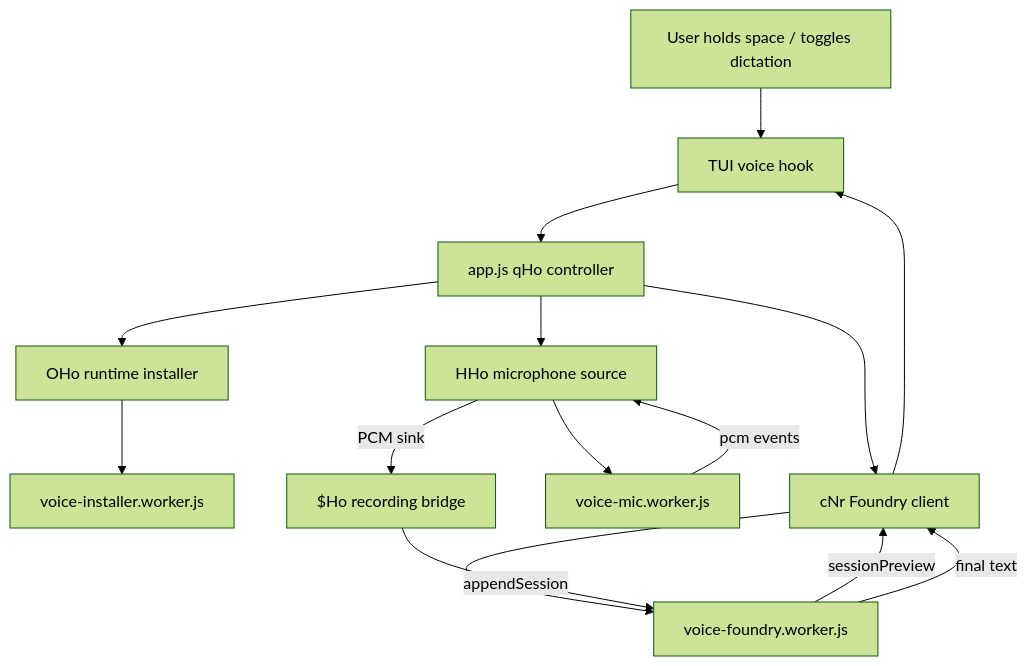
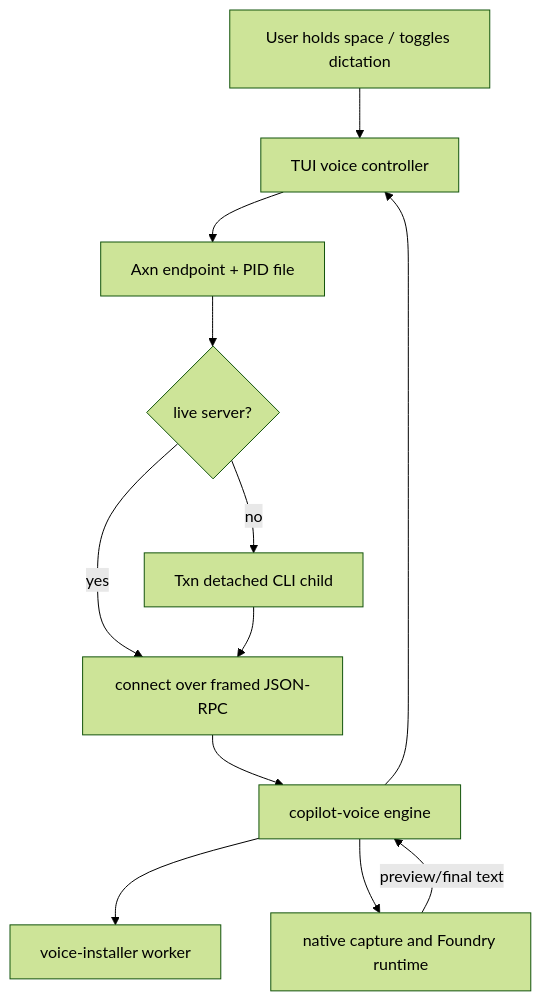
The first of 4 diagrams in docs/01-runtime-lifecycle/voice-runtime-workers-and-transcription.md (vibewatch/copilot-cli-internals), drawn with Mermaid (forest theme) before and after one commit. The commit also changed other lines of this file and 238 other files, not shown here.

First line of the commit message:
feat: add @webviewjs/webview package and update documentation for Copilot CLI 1.0.71 delta

````diff
--- a/docs/01-runtime-lifecycle/voice-runtime-workers-and-transcription.md
+++ b/docs/01-runtime-lifecycle/voice-runtime-workers-and-transcription.md
@@ -36,17 +29,14 @@
 ```mermaid
 flowchart TD
-    User[User holds space / toggles dictation] --> UI[TUI voice hook]
-    UI --> Controller[app.js qHo controller]
-    Controller --> Installer[OHo runtime installer]
-    Installer --> InstallerWorker[voice-installer.worker.js]
-    Controller --> FoundryClient[cNr Foundry client]
-    FoundryClient --> FoundryWorker[voice-foundry.worker.js]
-    Controller --> MicSource[HHo microphone source]
-    MicSource --> MicWorker[voice-mic.worker.js]
-    MicWorker -->|pcm events| MicSource
-    MicSource -->|PCM sink| Recording[$Ho recording bridge]
-    Recording -->|appendSession| FoundryWorker
-    FoundryWorker -->|sessionPreview| FoundryClient
-    FoundryWorker -->|final text| FoundryClient
-    FoundryClient --> UI
+    User[User holds space / toggles dictation] --> UI[TUI voice controller]
+    UI --> Endpoint[Axn endpoint + PID file]
+    Endpoint --> Existing{live server?}
+    Existing -->|yes| Socket[connect over framed JSON-RPC]
+    Existing -->|no| Spawn[Txn detached CLI child]
+    Spawn --> Socket
+    Socket --> Server[copilot-voice engine]
+    Server --> Installer[voice-installer worker]
+    Server --> Native[native capture and Foundry runtime]
+    Native -->|preview/final text| Server
+    Server --> UI
 ```
````
